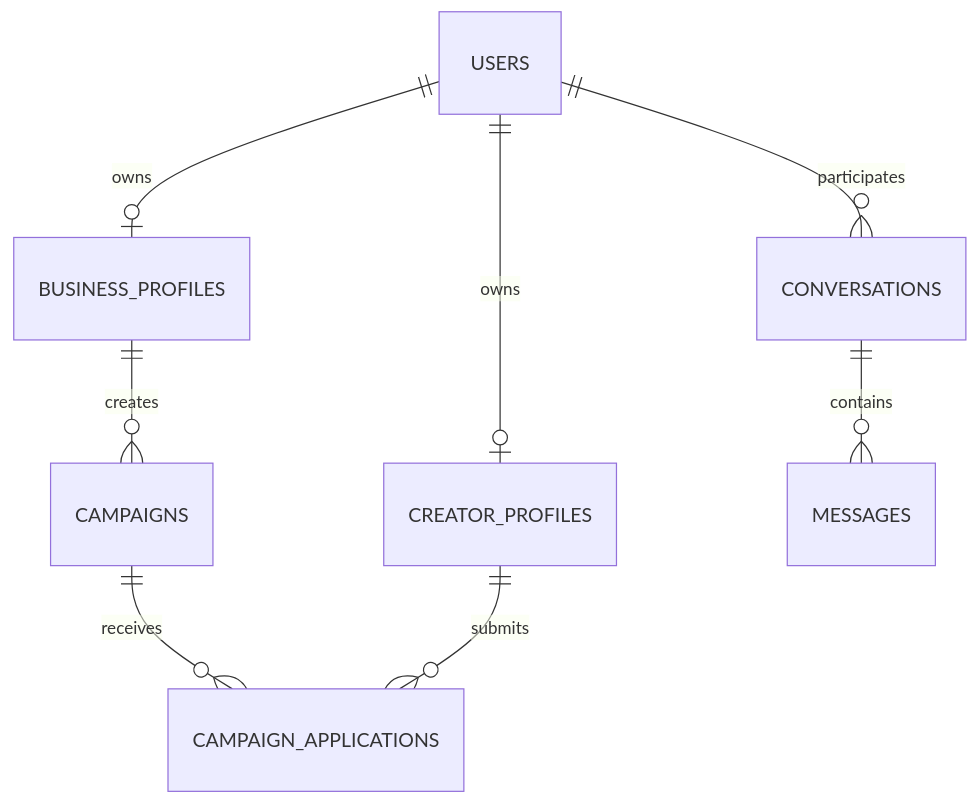
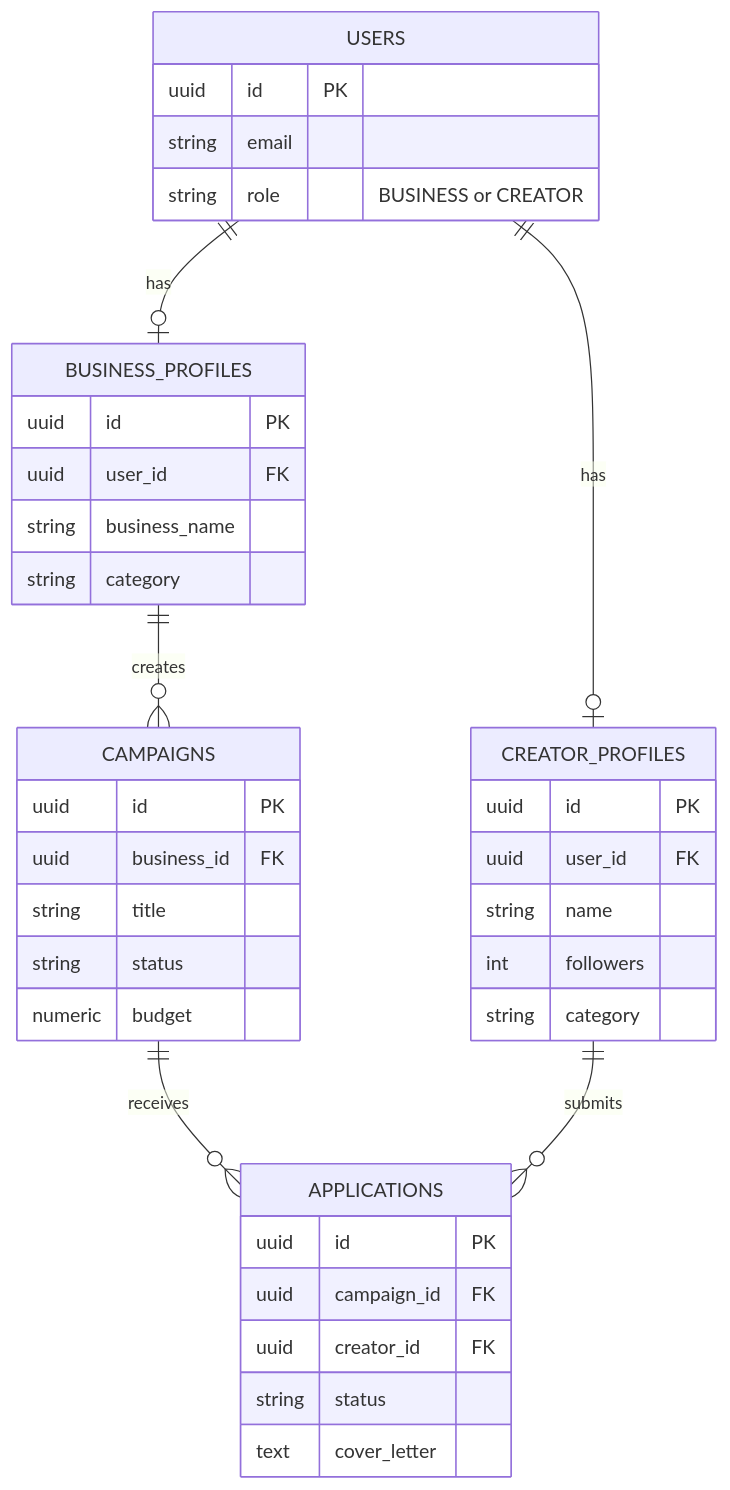
The third of 3 diagrams in PROJECT_DOCUMENTATION.md (khamleshmorla/PromoBridge), drawn with Mermaid before and after one commit. The commit also changed other lines of this file, not shown here.

Commit message:
docs: add comprehensive industry-standard project documentation with UML diagrams

````diff
--- a/PROJECT_DOCUMENTATION.md
+++ b/PROJECT_DOCUMENTATION.md
@@ -36,10 +139,41 @@
 ```mermaid
 erDiagram
-    USERS ||--o| BUSINESS_PROFILES : owns
-    USERS ||--o| CREATOR_PROFILES : owns
-    BUSINESS_PROFILES ||--o{ CAMPAIGNS : creates
-    CAMPAIGNS ||--o{ CAMPAIGN_APPLICATIONS : receives
-    CREATOR_PROFILES ||--o{ CAMPAIGN_APPLICATIONS : submits
-    USERS ||--o{ CONVERSATIONS : participates
-    CONVERSATIONS ||--o{ MESSAGES : contains
+    USERS {
+        uuid id PK
+        string email
+        string role "BUSINESS or CREATOR"
+    }
+    BUSINESS_PROFILES {
+        uuid id PK
+        uuid user_id FK
+        string business_name
+        string category
+    }
+    CREATOR_PROFILES {
+        uuid id PK
+        uuid user_id FK
+        string name
+        int followers
+        string category
+    }
+    CAMPAIGNS {
+        uuid id PK
+        uuid business_id FK
+        string title
+        string status
+        numeric budget
+    }
+    APPLICATIONS {
+        uuid id PK
+        uuid campaign_id FK
+        uuid creator_id FK
+        string status
+        text cover_letter
+    }
+    
+    USERS ||--o| BUSINESS_PROFILES : "has"
+    USERS ||--o| CREATOR_PROFILES : "has"
+    BUSINESS_PROFILES ||--o{ CAMPAIGNS : "creates"
+    CAMPAIGNS ||--o{ APPLICATIONS : "receives"
+    CREATOR_PROFILES ||--o{ APPLICATIONS : "submits"
 ```
````
